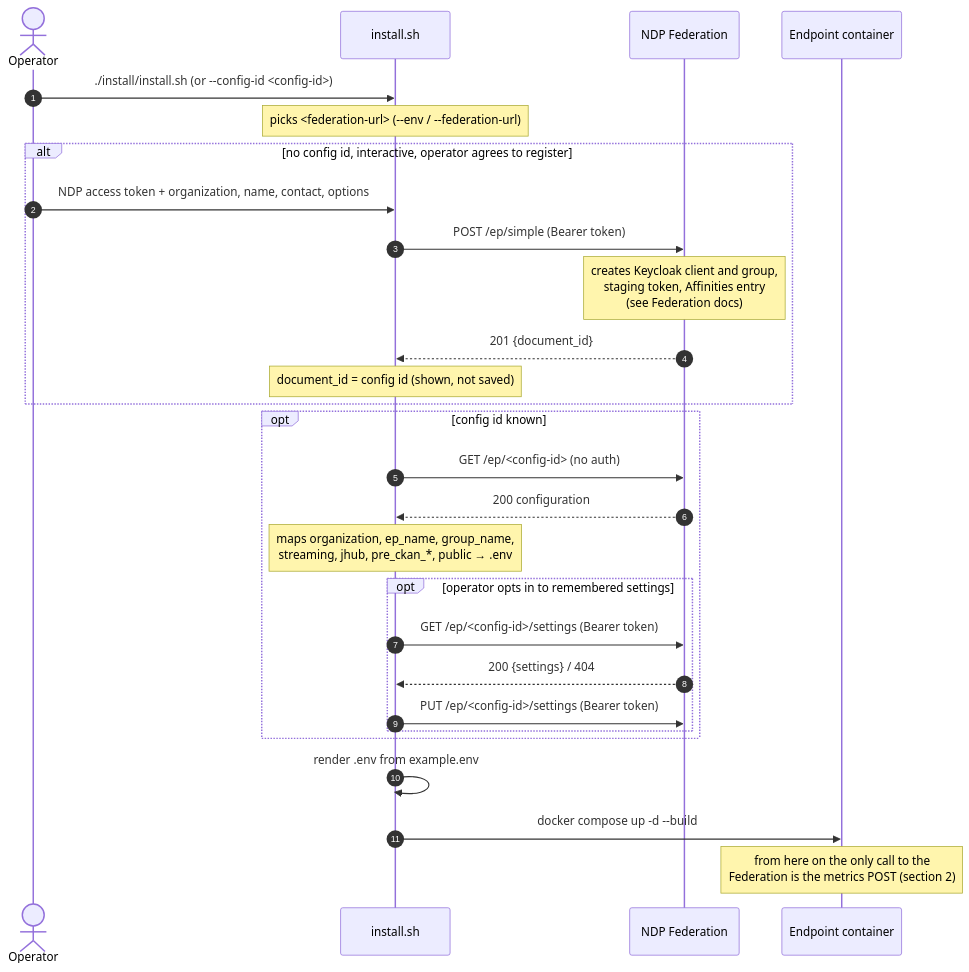
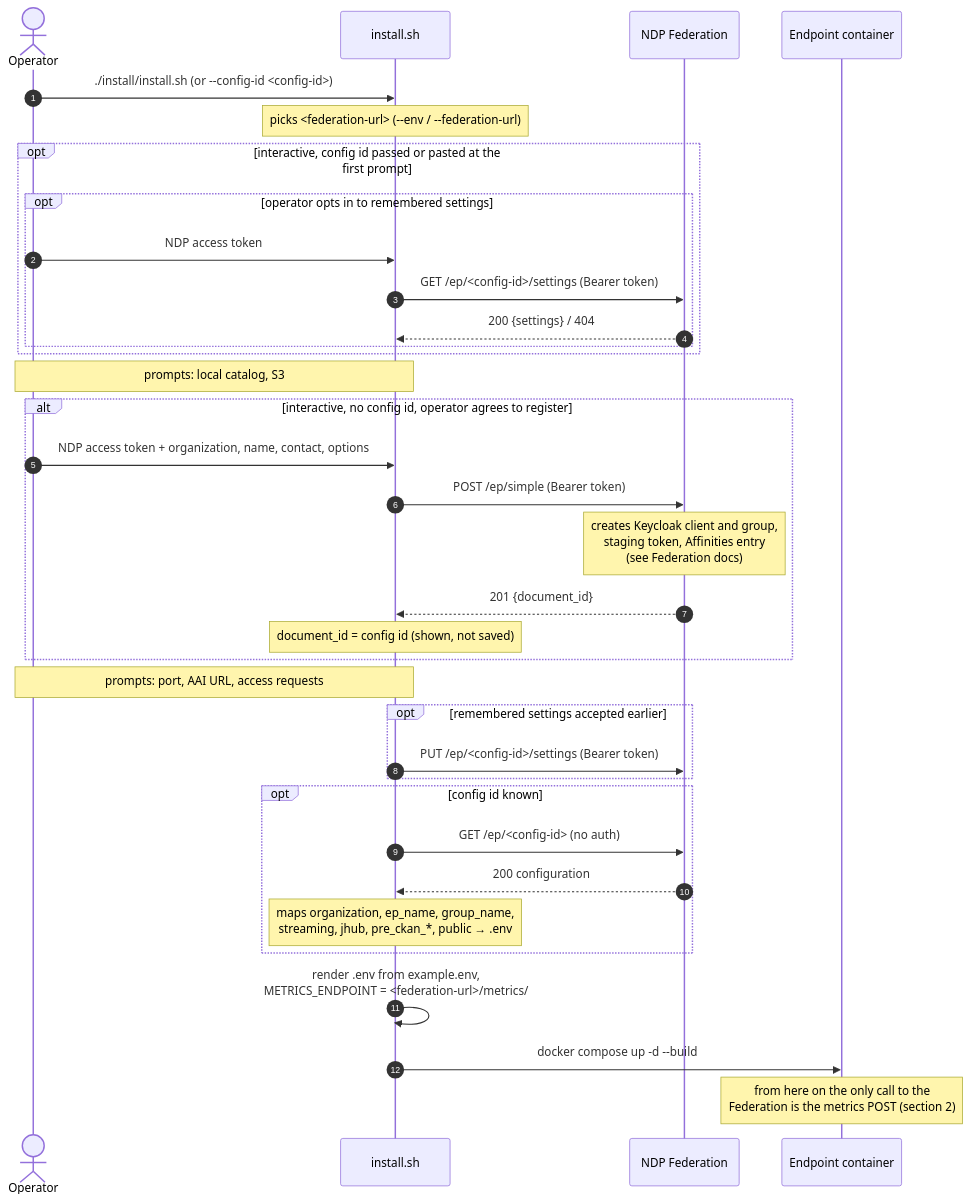
One commit to national-data-platform/ep-api changed the first of 2 diagrams in docs/architecture/federation-and-metrics.md. Above: the diagram before and after it, drawn with Mermaid. The commit also changed other lines of this file and 13 other files, not shown here.

First line of the commit message:
docs: bring the sequence diagrams and platform pages up to date

````diff
--- a/docs/architecture/federation-and-metrics.md
+++ b/docs/architecture/federation-and-metrics.md
@@ -210,34 +248,45 @@
 ```mermaid
 sequenceDiagram
     autonumber
     actor Op as Operator
     participant I as install.sh
     participant F as NDP Federation
     participant EP as Endpoint container
 
     Op->>I: ./install/install.sh  (or --config-id <config-id>)
     Note over I: picks <federation-url> (--env / --federation-url)
 
-    alt no config id, interactive, operator agrees to register
+    opt interactive, config id passed or pasted at the first prompt
+        opt operator opts in to remembered settings
+            Op->>I: NDP access token
+            I->>F: GET /ep/<config-id>/settings  (Bearer token)
+            F-->>I: 200 {settings} / 404
+        end
+    end
+
+    Note over Op,I: prompts: local catalog, S3
+
+    alt interactive, no config id, operator agrees to register
         Op->>I: NDP access token + organization, name, contact, options
         I->>F: POST /ep/simple  (Bearer token)
         Note over F: creates Keycloak client and group,<br/>staging token, Affinities entry<br/>(see Federation docs)
         F-->>I: 201 {document_id}
         Note over I: document_id = config id (shown, not saved)
     end
 
+    Note over Op,I: prompts: port, AAI URL, access requests
+
+    opt remembered settings accepted earlier
+        I->>F: PUT /ep/<config-id>/settings  (Bearer token)
+    end
+
     opt config id known
         I->>F: GET /ep/<config-id>  (no auth)
         F-->>I: 200 configuration
         Note over I: maps organization, ep_name, group_name,<br/>streaming, jhub, pre_ckan_*, public → .env
-        opt operator opts in to remembered settings
-            I->>F: GET /ep/<config-id>/settings  (Bearer token)
-            F-->>I: 200 {settings} / 404
-            I->>F: PUT /ep/<config-id>/settings  (Bearer token)
-        end
     end
 
-    I->>I: render .env from example.env
+    I->>I: render .env from example.env,<br/>METRICS_ENDPOINT = <federation-url>/metrics/
     I->>EP: docker compose up -d --build
     Note over EP: from here on the only call to the<br/>Federation is the metrics POST (section 2)
 ```
````
